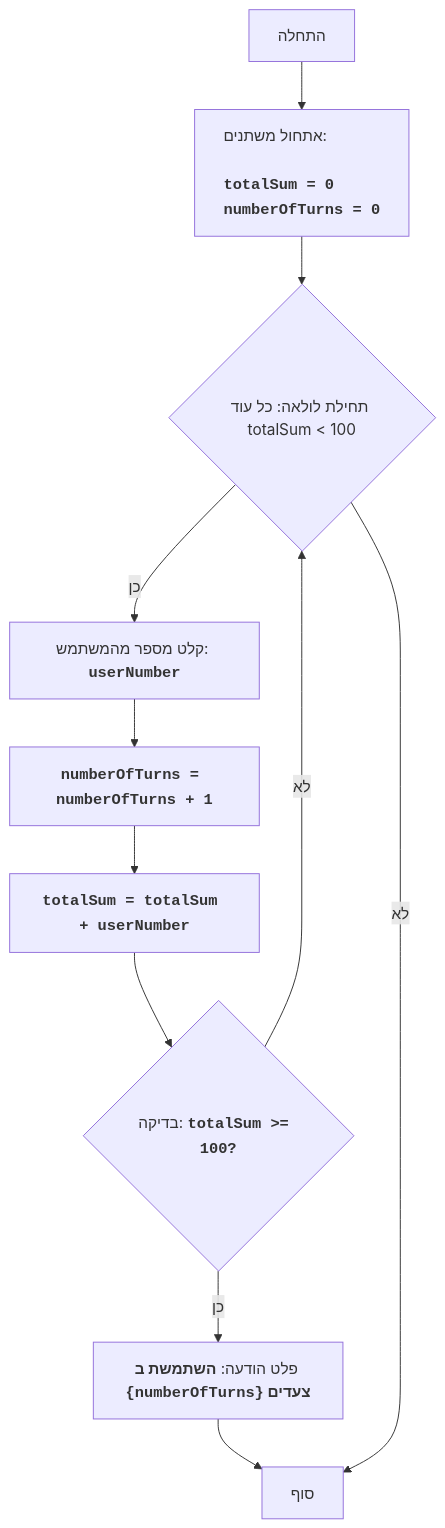
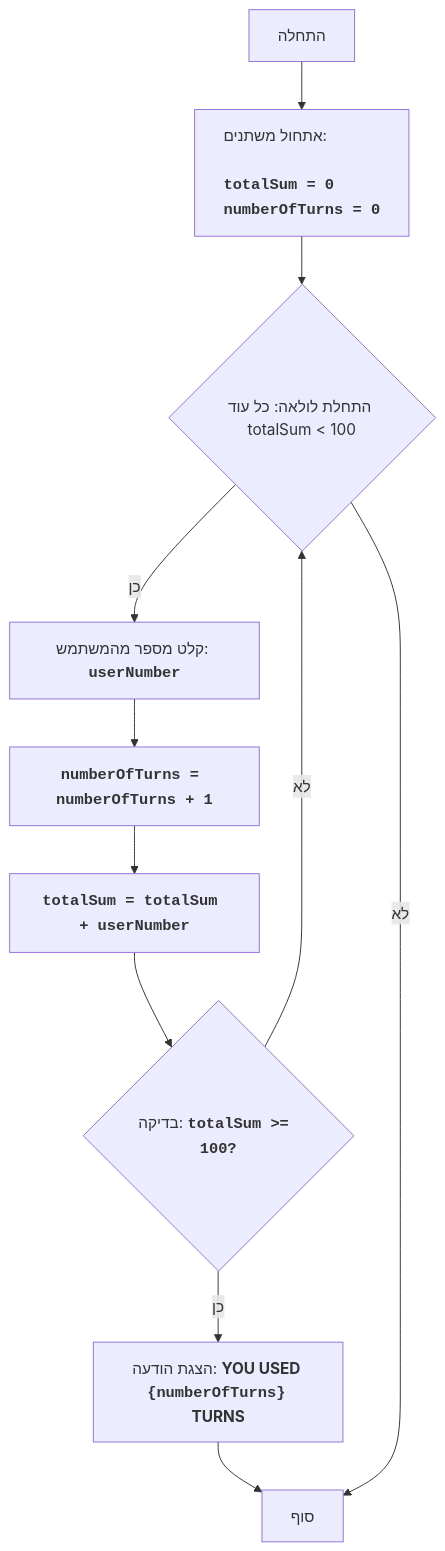
The diagram in docs/gemini/he/doc/src/endpoints/ai_games/101_basic_computer_games/ru/GAMES/FIPFOP/README.MD.md (hypo69/hypo), drawn with Mermaid before and after one commit. The commit also changed other lines of this file and 885 other files, not shown here.

````diff
--- a/docs/gemini/he/doc/src/endpoints/ai_games/101_basic_computer_games/ru/GAMES/FIPFOP/README.MD.md
+++ b/docs/gemini/he/doc/src/endpoints/ai_games/101_basic_computer_games/ru/GAMES/FIPFOP/README.MD.md
@@ -35,17 +36,13 @@
 ```mermaid
 flowchart TD
-    Start["התחלה"] --> InitializeVariables["<p align='left'>אתחול משתנים:
-    <code><b>
-    totalSum = 0
-    numberOfTurns = 0
-    </b></code></p>"]
-    InitializeVariables --> LoopStart{"תחילת לולאה: כל עוד totalSum < 100"}
+    Start["התחלה"] --> InitializeVariables["<p align='left'>אתחול משתנים:\n    <code><b>\n    totalSum = 0\n    numberOfTurns = 0\n    </b></code></p>"]
+    InitializeVariables --> LoopStart{"התחלת לולאה: כל עוד totalSum < 100"}
     LoopStart -- כן --> InputNumber["קלט מספר מהמשתמש: <code><b>userNumber</b></code>"]
     InputNumber --> IncreaseTurns["<code><b>numberOfTurns = numberOfTurns + 1</b></code>"]
      IncreaseTurns --> AddNumber["<code><b>totalSum = totalSum + userNumber</b></code>"]
     AddNumber --> CheckSum{"בדיקה: <code><b>totalSum >= 100?</b></code>"}
-    CheckSum -- כן --> OutputTurns["פלט הודעה: <b>השתמשת ב <code>{numberOfTurns}</code> צעדים</b>"]
+    CheckSum -- כן --> OutputTurns["הצגת הודעה: <b>YOU USED <code>{numberOfTurns}</code> TURNS</b>"]
     OutputTurns --> End["סוף"]
      CheckSum -- לא --> LoopStart
     LoopStart -- לא --> End
 ```
````
